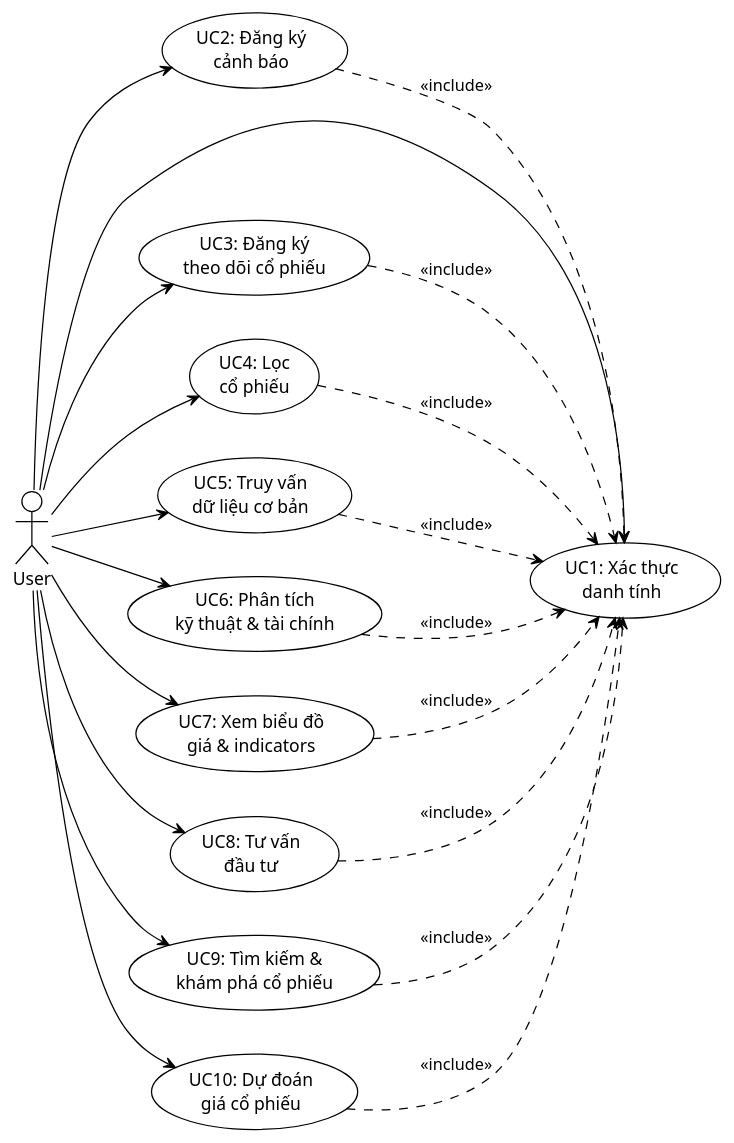
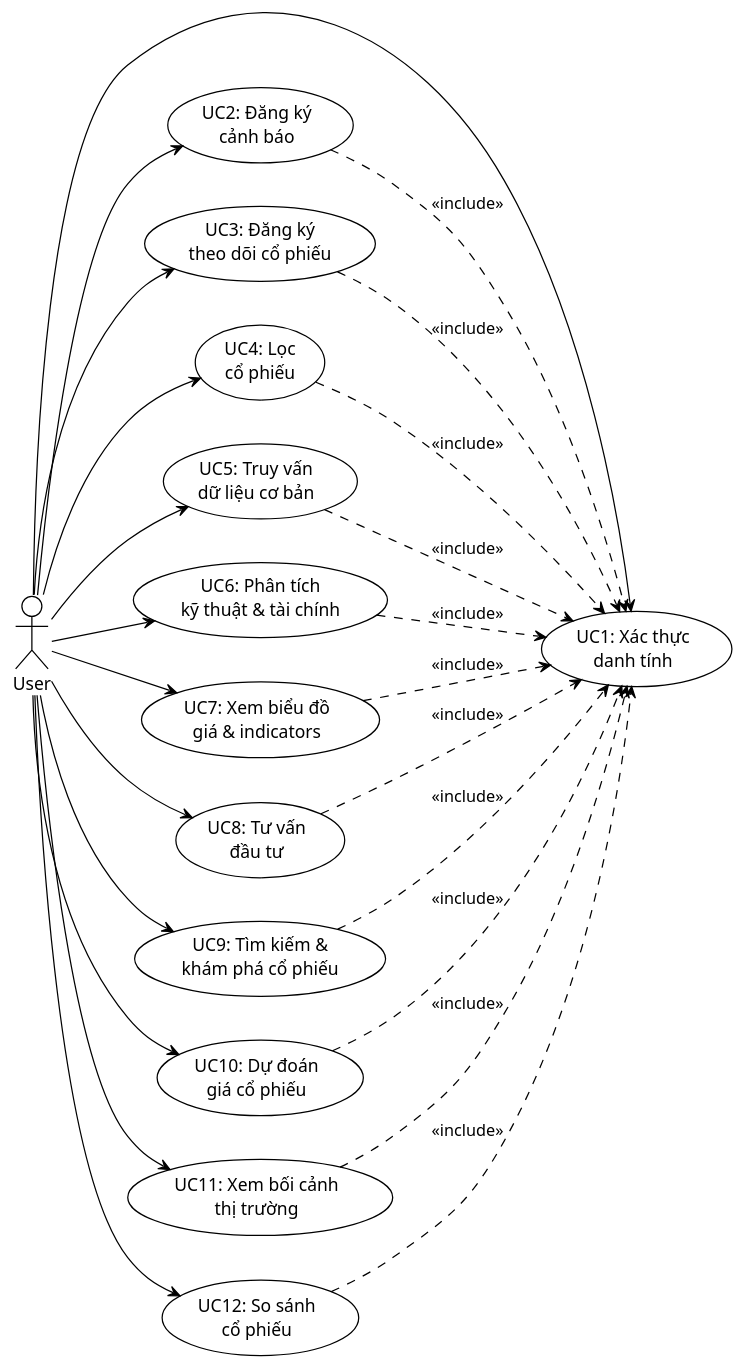
Before and after one commit to GiangNV-HUST/DATN: the diagram in diagrams/sources/usecase_diagrams/usecase_diagram_with_prediction.puml, drawn with PlantUML. The commit also changed 1 other file, not shown here.

Commit message:
feat: Add UC10, UC11, UC12 to use case diagrams
- UC10: Dự đoán giá cổ phiếu (Prediction)
- UC11: Xem bối cảnh thị trường (Market Context)
- UC12: So sánh cổ phiếu (Comparison)

Updated files:
- usecase_diagram_with_mcp.puml
- usecase_diagram_with_prediction.puml

```diff
--- a/diagrams/sources/usecase_diagrams/usecase_diagram_with_prediction.puml
+++ b/diagrams/sources/usecase_diagrams/usecase_diagram_with_prediction.puml
@@ -1,53 +1,49 @@
 @startuml usecase_diagram_with_prediction
 !theme plain
 skinparam backgroundColor #FFFFFF
 skinparam shadowing false
 skinparam defaultFontName Arial
 
 left to right direction
 
 actor "User" as User
 
+usecase "UC1: Xác thực\ndanh tính" as UC1
 usecase "UC2: Đăng ký\ncảnh báo" as UC2
 usecase "UC3: Đăng ký\ntheo dõi cổ phiếu" as UC3
 usecase "UC4: Lọc\ncổ phiếu" as UC4
 usecase "UC5: Truy vấn\ndữ liệu cơ bản" as UC5
 usecase "UC6: Phân tích\nkỹ thuật & tài chính" as UC6
 usecase "UC7: Xem biểu đồ\ngiá & indicators" as UC7
 usecase "UC8: Tư vấn\nđầu tư" as UC8
 usecase "UC9: Tìm kiếm &\nkhám phá cổ phiếu" as UC9
 usecase "UC10: Dự đoán\ngiá cổ phiếu" as UC10
-usecase "UC1: Xác thực\ndanh tính" as UC1
+usecase "UC11: Xem bối cảnh\nthị trường" as UC11
+usecase "UC12: So sánh\ncổ phiếu" as UC12
 
 User --> UC1
 User --> UC2
 User --> UC3
 User --> UC4
 User --> UC5
 User --> UC6
 User --> UC7
 User --> UC8
 User --> UC9
 User --> UC10
+User --> UC11
+User --> UC12
 
 UC2 ..> UC1 : <<include>>
 UC3 ..> UC1 : <<include>>
 UC4 ..> UC1 : <<include>>
 UC5 ..> UC1 : <<include>>
 UC6 ..> UC1 : <<include>>
 UC7 ..> UC1 : <<include>>
 UC8 ..> UC1 : <<include>>
 UC9 ..> UC1 : <<include>>
 UC10 ..> UC1 : <<include>>
-
-UC2 -[hidden]right-> UC1
-UC3 -[hidden]right-> UC1
-UC4 -[hidden]right-> UC1
-UC5 -[hidden]right-> UC1
-UC6 -[hidden]right-> UC1
-UC7 -[hidden]right-> UC1
-UC8 -[hidden]right-> UC1
-UC9 -[hidden]right-> UC1
-UC10 -[hidden]right-> UC1
+UC11 ..> UC1 : <<include>>
+UC12 ..> UC1 : <<include>>
 
 @enduml
```
